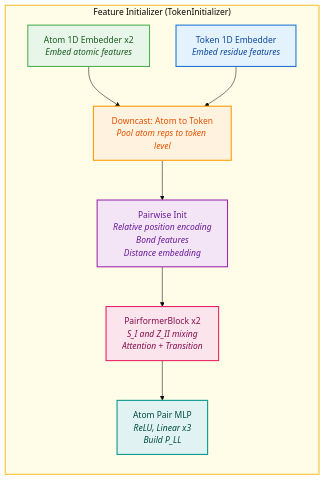
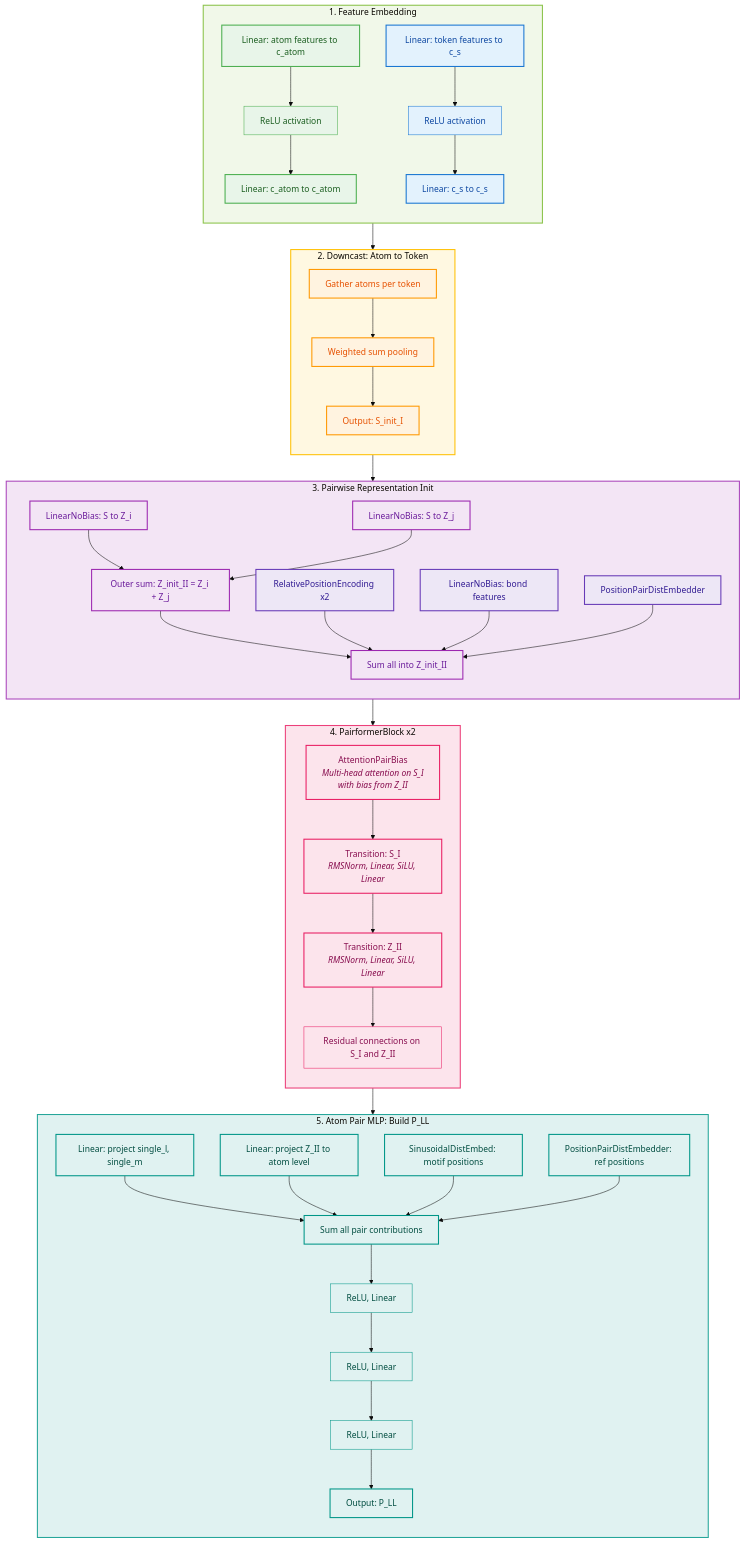
Before and after one commit to RTae/foundry: the second of 5 diagrams in models/rfd3/RFD3_architecture_mermaid.md, drawn with Mermaid (base theme). The commit also changed other lines of this file, not shown here.

Commit message:
refactor: enhance RFD3 architecture documentation with detailed breakdown of model components and flow

````diff
--- a/models/rfd3/RFD3_architecture_mermaid.md
+++ b/models/rfd3/RFD3_architecture_mermaid.md
@@ -60,23 +62,103 @@
 ```mermaid
 flowchart TD
-    subgraph FeatureInitializer["Feature Initializer (TokenInitializer)"]
+    subgraph Embedders["1. Feature Embedding"]
         direction TB
-        A1[Atom 1D Embedder x2<br><i>Embed atomic features</i>]
-        A2[Token 1D Embedder<br><i>Embed residue features</i>]
-        A3[Downcast: Atom to Token<br><i>Pool atom reps to token level</i>]
-        A4[Pairwise Init<br><i>Relative position encoding<br>Bond features<br>Distance embedding</i>]
-        A5[PairformerBlock x2<br><i>S_I and Z_II mixing<br>Attention + Transition</i>]
-        A6[Atom Pair MLP<br><i>ReLU, Linear x3<br>Build P_LL</i>]
-        A1 --> A3
-        A2 --> A3
-        A3 --> A4 --> A5 --> A6
+        A1a[Linear: atom features to c_atom]
+        A1b[ReLU activation]
+        A1c[Linear: c_atom to c_atom]
+        A2a[Linear: token features to c_s]
+        A2b[ReLU activation]
+        A2c[Linear: c_s to c_s]
+        A1a --> A1b --> A1c
+        A2a --> A2b --> A2c
     end
 
-    style A1 fill:#e8f5e9,stroke:#4CAF50,stroke-width:2px,color:#1B5E20
-    style A2 fill:#e3f2fd,stroke:#1976D2,stroke-width:2px,color:#0D47A1
-    style A3 fill:#fff3e0,stroke:#FF9800,stroke-width:2px,color:#E65100
-    style A4 fill:#f3e5f5,stroke:#9C27B0,stroke-width:2px,color:#6A1B9A
-    style A5 fill:#fce4ec,stroke:#E91E63,stroke-width:2px,color:#880E4F
-    style A6 fill:#e0f2f1,stroke:#009688,stroke-width:2px,color:#004D40
-    style FeatureInitializer fill:#fffde7,stroke:#FBC02D,stroke-width:2px
+    subgraph Downcast["2. Downcast: Atom to Token"]
+        direction TB
+        DC1[Gather atoms per token]
+        DC2[Weighted sum pooling]
+        DC3[Output: S_init_I]
+        DC1 --> DC2 --> DC3
+    end
+
+    subgraph PairInit["3. Pairwise Representation Init"]
+        direction TB
+        P1[LinearNoBias: S to Z_i]
+        P2[LinearNoBias: S to Z_j]
+        P3[Outer sum: Z_init_II = Z_i + Z_j]
+        P4[RelativePositionEncoding x2]
+        P5[LinearNoBias: bond features]
+        P6[PositionPairDistEmbedder]
+        P7[Sum all into Z_init_II]
+        P1 --> P3
+        P2 --> P3
+        P3 --> P7
+        P4 --> P7
+        P5 --> P7
+        P6 --> P7
+    end
+
+    subgraph Pairformer["4. PairformerBlock x2"]
+        direction TB
+        PF1[AttentionPairBias<br><i>Multi-head attention on S_I<br>with bias from Z_II</i>]
+        PF2[Transition: S_I<br><i>RMSNorm, Linear, SiLU, Linear</i>]
+        PF3[Transition: Z_II<br><i>RMSNorm, Linear, SiLU, Linear</i>]
+        PF4[Residual connections on S_I and Z_II]
+        PF1 --> PF2 --> PF3 --> PF4
+    end
+
+    subgraph AtomPairMLP["5. Atom Pair MLP: Build P_LL"]
+        direction TB
+        M1[Linear: project single_l, single_m]
+        M2[Linear: project Z_II to atom level]
+        M3[SinusoidalDistEmbed: motif positions]
+        M4[PositionPairDistEmbedder: ref positions]
+        M5[Sum all pair contributions]
+        M6[ReLU, Linear]
+        M7[ReLU, Linear]
+        M8[ReLU, Linear]
+        M9[Output: P_LL]
+        M1 --> M5
+        M2 --> M5
+        M3 --> M5
+        M4 --> M5
+        M5 --> M6 --> M7 --> M8 --> M9
+    end
+
+    Embedders --> Downcast --> PairInit --> Pairformer --> AtomPairMLP
+
+    style A1a fill:#e8f5e9,stroke:#4CAF50,stroke-width:2px,color:#1B5E20
+    style A1b fill:#e8f5e9,stroke:#4CAF50,stroke-width:1px,color:#1B5E20
+    style A1c fill:#e8f5e9,stroke:#4CAF50,stroke-width:2px,color:#1B5E20
+    style A2a fill:#e3f2fd,stroke:#1976D2,stroke-width:2px,color:#0D47A1
+    style A2b fill:#e3f2fd,stroke:#1976D2,stroke-width:1px,color:#0D47A1
+    style A2c fill:#e3f2fd,stroke:#1976D2,stroke-width:2px,color:#0D47A1
+    style DC1 fill:#fff3e0,stroke:#FF9800,stroke-width:2px,color:#E65100
+    style DC2 fill:#fff3e0,stroke:#FF9800,stroke-width:2px,color:#E65100
+    style DC3 fill:#fff3e0,stroke:#FF9800,stroke-width:2px,color:#E65100
+    style P1 fill:#f3e5f5,stroke:#9C27B0,stroke-width:2px,color:#6A1B9A
+    style P2 fill:#f3e5f5,stroke:#9C27B0,stroke-width:2px,color:#6A1B9A
+    style P3 fill:#f3e5f5,stroke:#9C27B0,stroke-width:2px,color:#6A1B9A
+    style P4 fill:#ede7f6,stroke:#673AB7,stroke-width:2px,color:#311B92
+    style P5 fill:#ede7f6,stroke:#673AB7,stroke-width:2px,color:#311B92
+    style P6 fill:#ede7f6,stroke:#673AB7,stroke-width:2px,color:#311B92
+    style P7 fill:#f3e5f5,stroke:#9C27B0,stroke-width:2px,color:#6A1B9A
+    style PF1 fill:#fce4ec,stroke:#E91E63,stroke-width:2px,color:#880E4F
+    style PF2 fill:#fce4ec,stroke:#E91E63,stroke-width:2px,color:#880E4F
+    style PF3 fill:#fce4ec,stroke:#E91E63,stroke-width:2px,color:#880E4F
+    style PF4 fill:#fce4ec,stroke:#E91E63,stroke-width:1px,color:#880E4F
+    style M1 fill:#e0f2f1,stroke:#009688,stroke-width:2px,color:#004D40
+    style M2 fill:#e0f2f1,stroke:#009688,stroke-width:2px,color:#004D40
+    style M3 fill:#e0f2f1,stroke:#009688,stroke-width:2px,color:#004D40
+    style M4 fill:#e0f2f1,stroke:#009688,stroke-width:2px,color:#004D40
+    style M5 fill:#e0f2f1,stroke:#009688,stroke-width:2px,color:#004D40
+    style M6 fill:#e0f2f1,stroke:#009688,stroke-width:1px,color:#004D40
+    style M7 fill:#e0f2f1,stroke:#009688,stroke-width:1px,color:#004D40
+    style M8 fill:#e0f2f1,stroke:#009688,stroke-width:1px,color:#004D40
+    style M9 fill:#e0f2f1,stroke:#009688,stroke-width:2px,color:#004D40
+    style Embedders fill:#f1f8e9,stroke:#8BC34A,stroke-width:2px
+    style Downcast fill:#fff8e1,stroke:#FFC107,stroke-width:2px
+    style PairInit fill:#f3e5f5,stroke:#AB47BC,stroke-width:2px
+    style Pairformer fill:#fce4ec,stroke:#EC407A,stroke-width:2px
+    style AtomPairMLP fill:#e0f2f1,stroke:#26A69A,stroke-width:2px
 ```
````
